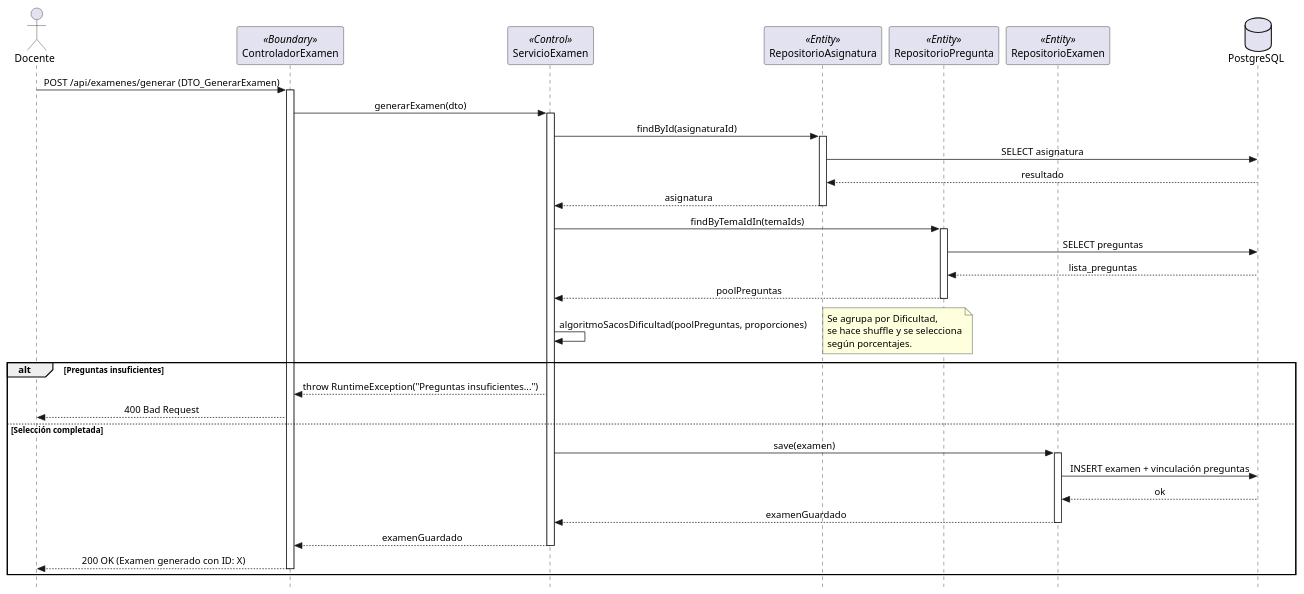
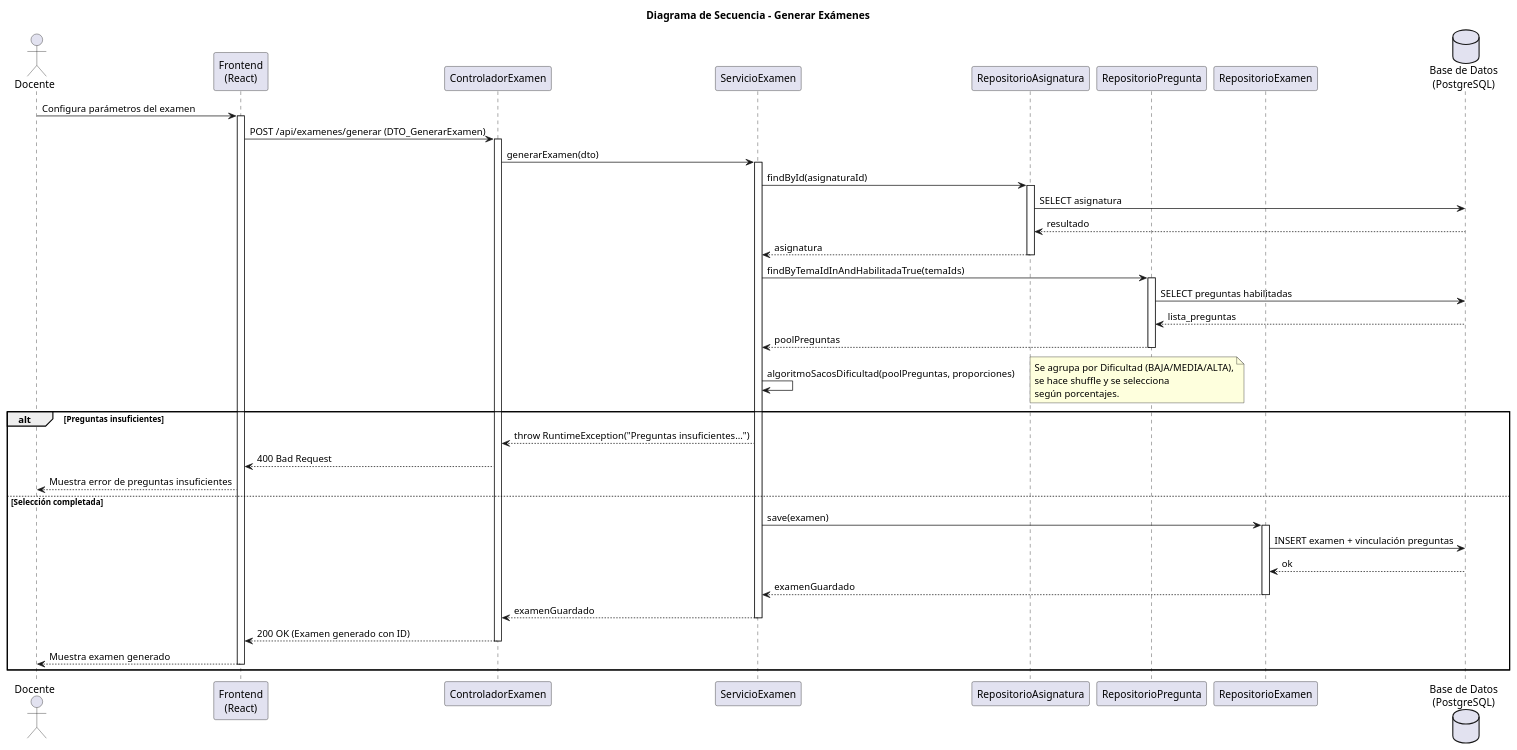
One commit to liamanderson873/25-26-idsw2-sdVC changed the diagram in RUP/02-diseno/casos-uso/CU-02-generarExamenes/diseno-secuencia-CU-02-generarExamenes.puml. Above: the diagram before and after it, drawn with PlantUML. The commit also changed 133 other files, not shown here.

First line of the commit message:
RUP: completar diagramas de análisis y diseño para los 41 casos de uso

```diff
--- a/RUP/02-diseno/casos-uso/CU-02-generarExamenes/diseno-secuencia-CU-02-generarExamenes.puml
+++ b/RUP/02-diseno/casos-uso/CU-02-generarExamenes/diseno-secuencia-CU-02-generarExamenes.puml
@@ -1,54 +1,61 @@
 @startuml secuencia-cu02-generar-examen
-skinparam style strictuml
-skinparam sequenceMessageAlign center
+title Diagrama de Secuencia - Generar Exámenes
 
-actor Docente
-participant "ControladorExamen" as Boundary <<Boundary>>
-participant "ServicioExamen" as Control <<Control>>
-participant "RepositorioAsignatura" as RepoAsig <<Entity>>
-participant "RepositorioPregunta" as RepoPreg <<Entity>>
-participant "RepositorioExamen" as RepoExamen <<Entity>>
-database "PostgreSQL" as DB
+actor "Docente" as Actor
+participant "Frontend\n(React)" as FE
+participant "ControladorExamen" as Controller
+participant "ServicioExamen" as Service
+participant "RepositorioAsignatura" as RepoAsig
+participant "RepositorioPregunta" as RepoPreg
+participant "RepositorioExamen" as RepoExamen
+database "Base de Datos\n(PostgreSQL)" as DB
 
-Docente -> Boundary : POST /api/examenes/generar (DTO_GenerarExamen)
-activate Boundary
+Actor -> FE : Configura parámetros del examen
+activate FE
 
-Boundary -> Control : generarExamen(dto)
-activate Control
+FE -> Controller : POST /api/examenes/generar (DTO_GenerarExamen)
+activate Controller
 
-Control -> RepoAsig : findById(asignaturaId)
+Controller -> Service : generarExamen(dto)
+activate Service
+
+Service -> RepoAsig : findById(asignaturaId)
 activate RepoAsig
 RepoAsig -> DB : SELECT asignatura
 DB --> RepoAsig : resultado
-RepoAsig --> Control : asignatura
+RepoAsig --> Service : asignatura
 deactivate RepoAsig
 
-Control -> RepoPreg : findByTemaIdIn(temaIds)
+Service -> RepoPreg : findByTemaIdInAndHabilitadaTrue(temaIds)
 activate RepoPreg
-RepoPreg -> DB : SELECT preguntas
+RepoPreg -> DB : SELECT preguntas habilitadas
 DB --> RepoPreg : lista_preguntas
-RepoPreg --> Control : poolPreguntas
+RepoPreg --> Service : poolPreguntas
 deactivate RepoPreg
 
-Control -> Control : algoritmoSacosDificultad(poolPreguntas, proporciones)
-note right: Se agrupa por Dificultad,\nse hace shuffle y se selecciona\nsegún porcentajes.
+Service -> Service : algoritmoSacosDificultad(poolPreguntas, proporciones)
+note right: Se agrupa por Dificultad (BAJA/MEDIA/ALTA),\nse hace shuffle y se selecciona\nsegún porcentajes.
 
 alt Preguntas insuficientes
-    Control --> Boundary : throw RuntimeException("Preguntas insuficientes...")
-    Boundary --> Docente : 400 Bad Request
+    Service --> Controller : throw RuntimeException("Preguntas insuficientes...")
+    Controller --> FE : 400 Bad Request
+    FE --> Actor : Muestra error de preguntas insuficientes
 else Selección completada
-    Control -> RepoExamen : save(examen)
+    Service -> RepoExamen : save(examen)
     activate RepoExamen
     RepoExamen -> DB : INSERT examen + vinculación preguntas
     DB --> RepoExamen : ok
-    RepoExamen --> Control : examenGuardado
+    RepoExamen --> Service : examenGuardado
     deactivate RepoExamen
 
-    Control --> Boundary : examenGuardado
-    deactivate Control
+    Service --> Controller : examenGuardado
+    deactivate Service
 
-    Boundary --> Docente : 200 OK (Examen generado con ID: X)
-    deactivate Boundary
+    Controller --> FE : 200 OK (Examen generado con ID)
+    deactivate Controller
+
+    FE --> Actor : Muestra examen generado
+    deactivate FE
 end
 
 @enduml
```
